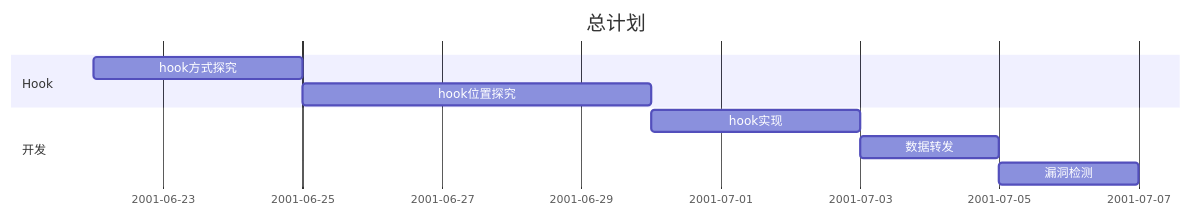
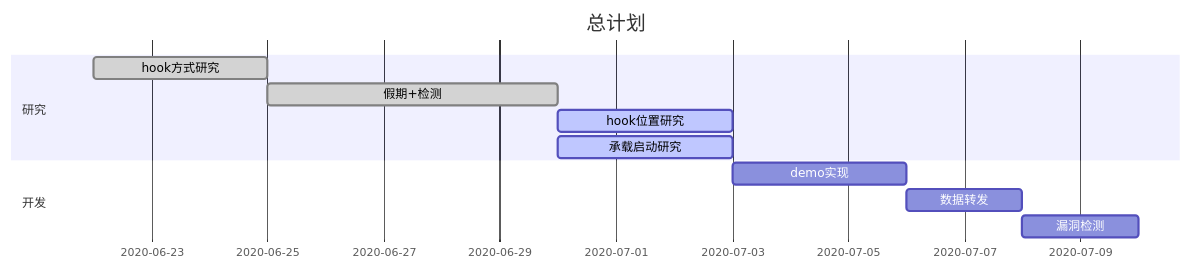
One commit to luotianqi777/Notebook changed the first of 2 diagrams in Plan.md. Above: the diagram before and after it, drawn with Mermaid. The commit also changed other lines of this file and 1 other file, not shown here.

Commit message:
更新计划

````diff
--- a/Plan.md
+++ b/Plan.md
@@ -3,12 +3,14 @@
 ```mermaid
 gantt
-dateFormat MM-dd
+dateFormat MM-DD
 title 总计划
-section Hook
-hook方式探究: hook_find, 06-22, 3d
-hook位置探究: hook_location, after hook_find, 5d
+section 研究
+hook方式研究: done, hook_find, 06-22, 3d
+假期+检测: done, holiday, after hook_find, 5d
+hook位置研究: active, hook_location, after holiday, 3d
+承载启动研究: active, startup ,after holiday, 3d
 section 开发
-hook实现: hook_impl, after hook_location, 3d
+demo实现: hook_impl, after startup, 3d
 数据转发: data_send, after hook_impl, 2d
 漏洞检测: bug_check, after data_send, 2d
 ```
````
